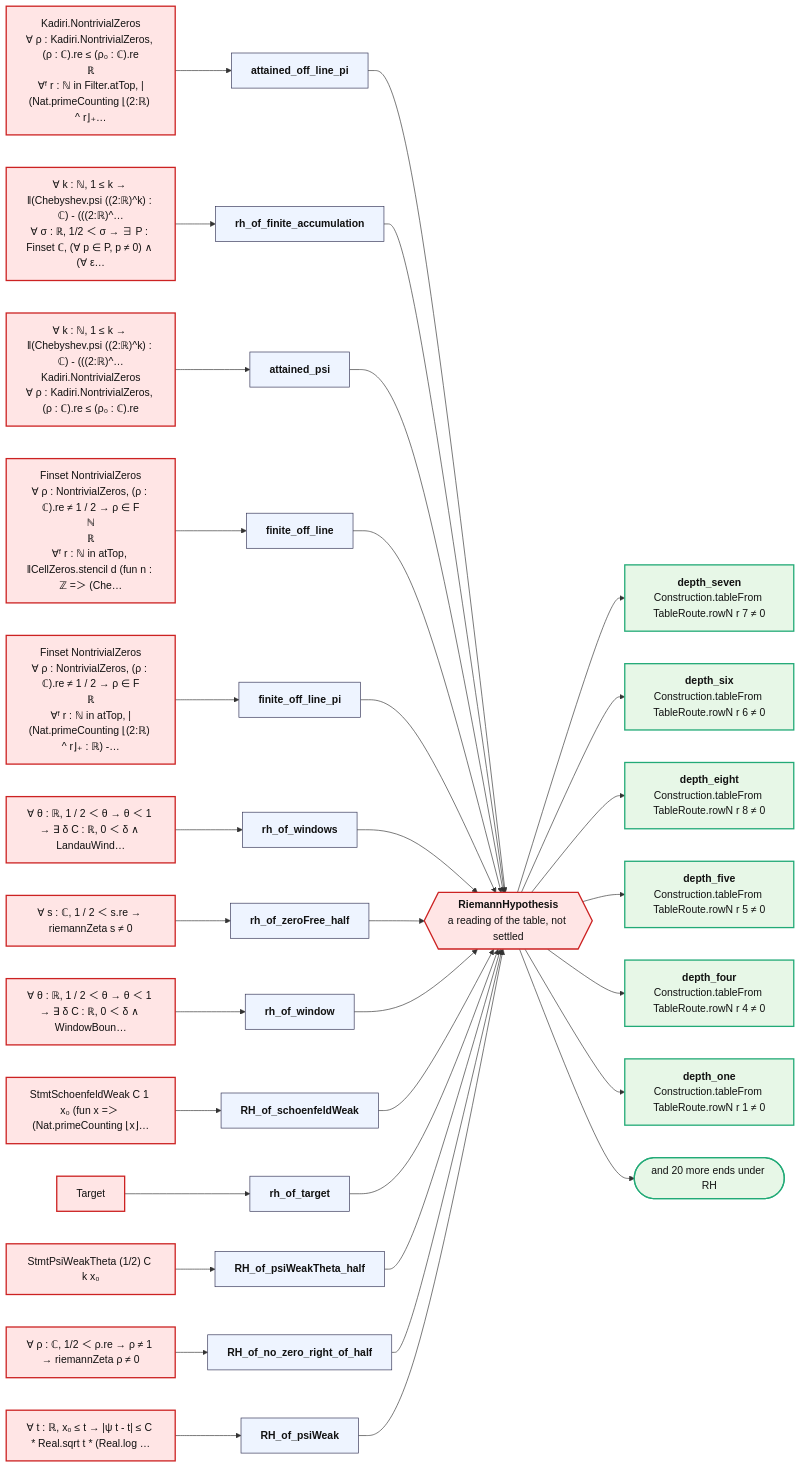
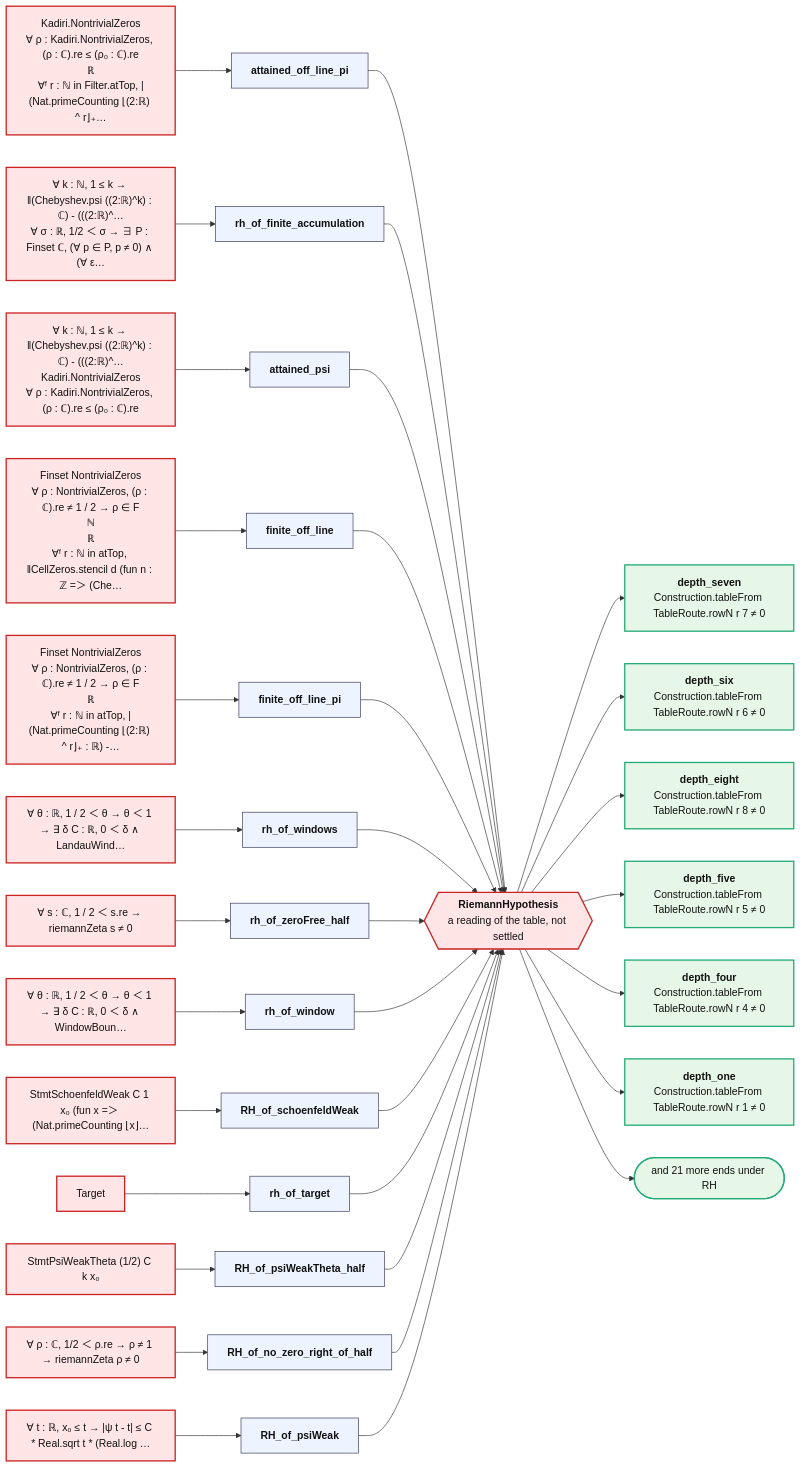
Before and after one commit to juliansambranojr/Primebeat_081426: the diagram in map/ROAD.mmd, drawn with Mermaid. The commit also changed 11 other files, not shown here.

```diff
--- a/map/ROAD.mmd
+++ b/map/ROAD.mmd
@@ -1,63 +1,63 @@
 flowchart LR
   rh{{"<b>RiemannHypothesis</b><br/>a reading of the table, not settled"}}:::bad
   p0["Kadiri.NontrivialZeros<br/>∀ ρ : Kadiri.NontrivialZeros, (ρ : ℂ).re ≤ (ρ₀ : ℂ).re<br/>ℝ<br/>∀ᶠ r : ℕ in Filter.atTop, |(Nat.primeCounting ⌊(2:ℝ) ^ r⌋₊…"]:::bad
   t0["<b>attained_off_line_pi</b>"]:::thm
   p0 --> t0 --> rh
   p1["∀ k : ℕ, 1 ≤ k → ‖(Chebyshev.psi ((2:ℝ)^k) : ℂ) - (((2:ℝ)^…<br/>∀ σ : ℝ, 1/2 ＜ σ → ∃ P : Finset ℂ, (∀ p ∈ P, p ≠ 0) ∧ (∀ ε…"]:::bad
   t1["<b>rh_of_finite_accumulation</b>"]:::thm
   p1 --> t1 --> rh
   p2["∀ k : ℕ, 1 ≤ k → ‖(Chebyshev.psi ((2:ℝ)^k) : ℂ) - (((2:ℝ)^…<br/>Kadiri.NontrivialZeros<br/>∀ ρ : Kadiri.NontrivialZeros, (ρ : ℂ).re ≤ (ρ₀ : ℂ).re"]:::bad
   t2["<b>attained_psi</b>"]:::thm
   p2 --> t2 --> rh
   p3["Finset NontrivialZeros<br/>∀ ρ : NontrivialZeros, (ρ : ℂ).re ≠ 1 / 2 → ρ ∈ F<br/>ℕ<br/>ℝ<br/>∀ᶠ r : ℕ in atTop, ‖CellZeros.stencil d (fun n : ℤ =＞ (Che…"]:::bad
   t3["<b>finite_off_line</b>"]:::thm
   p3 --> t3 --> rh
   p4["Finset NontrivialZeros<br/>∀ ρ : NontrivialZeros, (ρ : ℂ).re ≠ 1 / 2 → ρ ∈ F<br/>ℝ<br/>∀ᶠ r : ℕ in atTop, |(Nat.primeCounting ⌊(2:ℝ) ^ r⌋₊ : ℝ) -…"]:::bad
   t4["<b>finite_off_line_pi</b>"]:::thm
   p4 --> t4 --> rh
   p5["∀ θ : ℝ, 1 / 2 ＜ θ → θ ＜ 1 → ∃ δ C : ℝ, 0 ＜ δ ∧ LandauWind…"]:::bad
   t5["<b>rh_of_windows</b>"]:::thm
   p5 --> t5 --> rh
   p6["∀ s : ℂ, 1 / 2 ＜ s.re → riemannZeta s ≠ 0"]:::bad
   t6["<b>rh_of_zeroFree_half</b>"]:::thm
   p6 --> t6 --> rh
   p7["∀ θ : ℝ, 1 / 2 ＜ θ → θ ＜ 1 → ∃ δ C : ℝ, 0 ＜ δ ∧ WindowBoun…"]:::bad
   t7["<b>rh_of_window</b>"]:::thm
   p7 --> t7 --> rh
   p8["StmtSchoenfeldWeak C 1 x₀ (fun x =＞ (Nat.primeCounting ⌊x⌋…"]:::bad
   t8["<b>RH_of_schoenfeldWeak</b>"]:::thm
   p8 --> t8 --> rh
   p9["Target"]:::bad
   t9["<b>rh_of_target</b>"]:::thm
   p9 --> t9 --> rh
   p10["StmtPsiWeakTheta (1/2) C k x₀"]:::bad
   t10["<b>RH_of_psiWeakTheta_half</b>"]:::thm
   p10 --> t10 --> rh
   p11["∀ ρ : ℂ, 1/2 ＜ ρ.re → ρ ≠ 1 → riemannZeta ρ ≠ 0"]:::bad
   t11["<b>RH_of_no_zero_right_of_half</b>"]:::thm
   p11 --> t11 --> rh
   p12["∀ t : ℝ, x₀ ≤ t → |ψ t - t| ≤ C * Real.sqrt t * (Real.log …"]:::bad
   t12["<b>RH_of_psiWeak</b>"]:::thm
   p12 --> t12 --> rh
   e0["<b>depth_seven</b><br/>Construction.tableFrom TableRoute.rowN r 7 ≠ 0"]:::end_
   rh --> e0
   e1["<b>depth_six</b><br/>Construction.tableFrom TableRoute.rowN r 6 ≠ 0"]:::end_
   rh --> e1
   e2["<b>depth_eight</b><br/>Construction.tableFrom TableRoute.rowN r 8 ≠ 0"]:::end_
   rh --> e2
   e3["<b>depth_five</b><br/>Construction.tableFrom TableRoute.rowN r 5 ≠ 0"]:::end_
   rh --> e3
   e4["<b>depth_four</b><br/>Construction.tableFrom TableRoute.rowN r 4 ≠ 0"]:::end_
   rh --> e4
   e5["<b>depth_one</b><br/>Construction.tableFrom TableRoute.rowN r 1 ≠ 0"]:::end_
   rh --> e5
-  more(["and 20 more ends under RH"]):::end_
+  more(["and 21 more ends under RH"]):::end_
   rh --> more
   classDef cnt fill:#dff5ec,stroke:#17694a,color:#111
   classDef shp fill:#f1ecfb,stroke:#5b3fa0,color:#111
   classDef rh fill:#ffe5e5,stroke:#c22,color:#111,stroke-width:2px
   classDef thm fill:#eef4ff,stroke:#335,color:#111
   classDef end_ fill:#e7f7e7,stroke:#2a7,color:#111,stroke-width:2px
   classDef lone fill:#fff,stroke:#999,color:#111,stroke-dasharray:4 3
   classDef bad fill:#ffe5e5,stroke:#c22,color:#111,stroke-width:2px
   classDef ext fill:#fff8e1,stroke:#b80,color:#111
```
